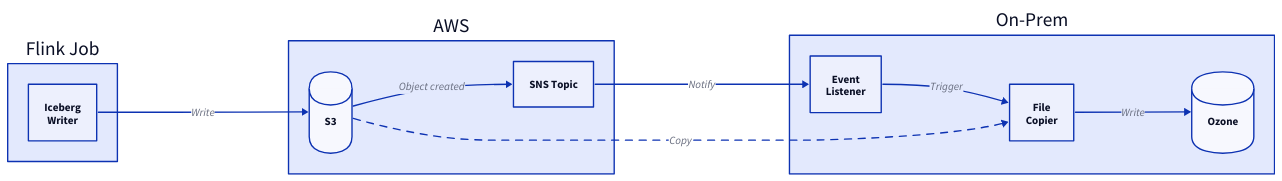
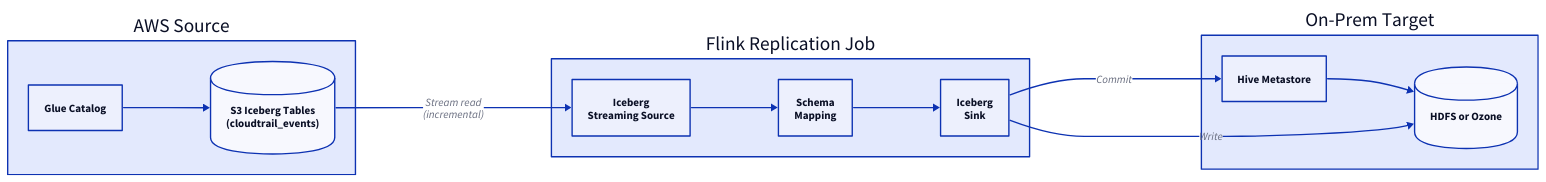
Before and after one commit to rch/cldr-cybersec: the diagram in docs/current/src/04_01_replication.md, drawn with D2. The commit also changed other lines of this file, not shown here.

First line of the commit message:
Rewrite replication strategy: Flink streaming for S3 → on-prem

````diff
--- a/docs/current/src/04_01_replication.md
+++ b/docs/current/src/04_01_replication.md
@@ -115,38 +16,43 @@
 ```d2
 direction: right
 
-Flink: {
-  label: "Flink Job"
+AWS: {
+  label: "AWS Source"
 
-  writer: "Iceberg\nWriter"
-}
+  glue: "Glue Catalog"
 
-AWS: {
-  label: "AWS"
-
-  s3: {
-    label: "S3"
+  s3_iceberg: {
+    label: "S3 Iceberg Tables\n(cloudtrail_events)"
     shape: cylinder
   }
 
-  sns: "SNS Topic"
+  glue -> s3_iceberg
+}
+
+Flink: {
+  label: "Flink Replication Job"
+
+  source: "Iceberg\nStreaming Source"
+  transform: "Schema\nMapping"
+  sink: "Iceberg\nSink"
+
+  source -> transform -> sink
 }
 
 OnPrem: {
-  label: "On-Prem"
+  label: "On-Prem Target"
 
-  listener: "Event\nListener"
-  copier: "File\nCopier"
-  ozone: {
-    label: "Ozone"
+  hive_metastore: "Hive Metastore"
+
+  storage: {
+    label: "HDFS or Ozone"
     shape: cylinder
   }
+
+  hive_metastore -> storage
 }
 
-Flink.writer -> AWS.s3: "Write"
-AWS.s3 -> AWS.sns: "Object created"
-AWS.sns -> OnPrem.listener: "Notify"
-OnPrem.listener -> OnPrem.copier: "Trigger"
-AWS.s3 -> OnPrem.copier: "Copy" {style.stroke-dash: 5}
-OnPrem.copier -> OnPrem.ozone: "Write"
+AWS.s3_iceberg -> Flink.source: "Stream read\n(incremental)"
+Flink.sink -> OnPrem.storage: "Write"
+Flink.sink -> OnPrem.hive_metastore: "Commit"
 ```
````
